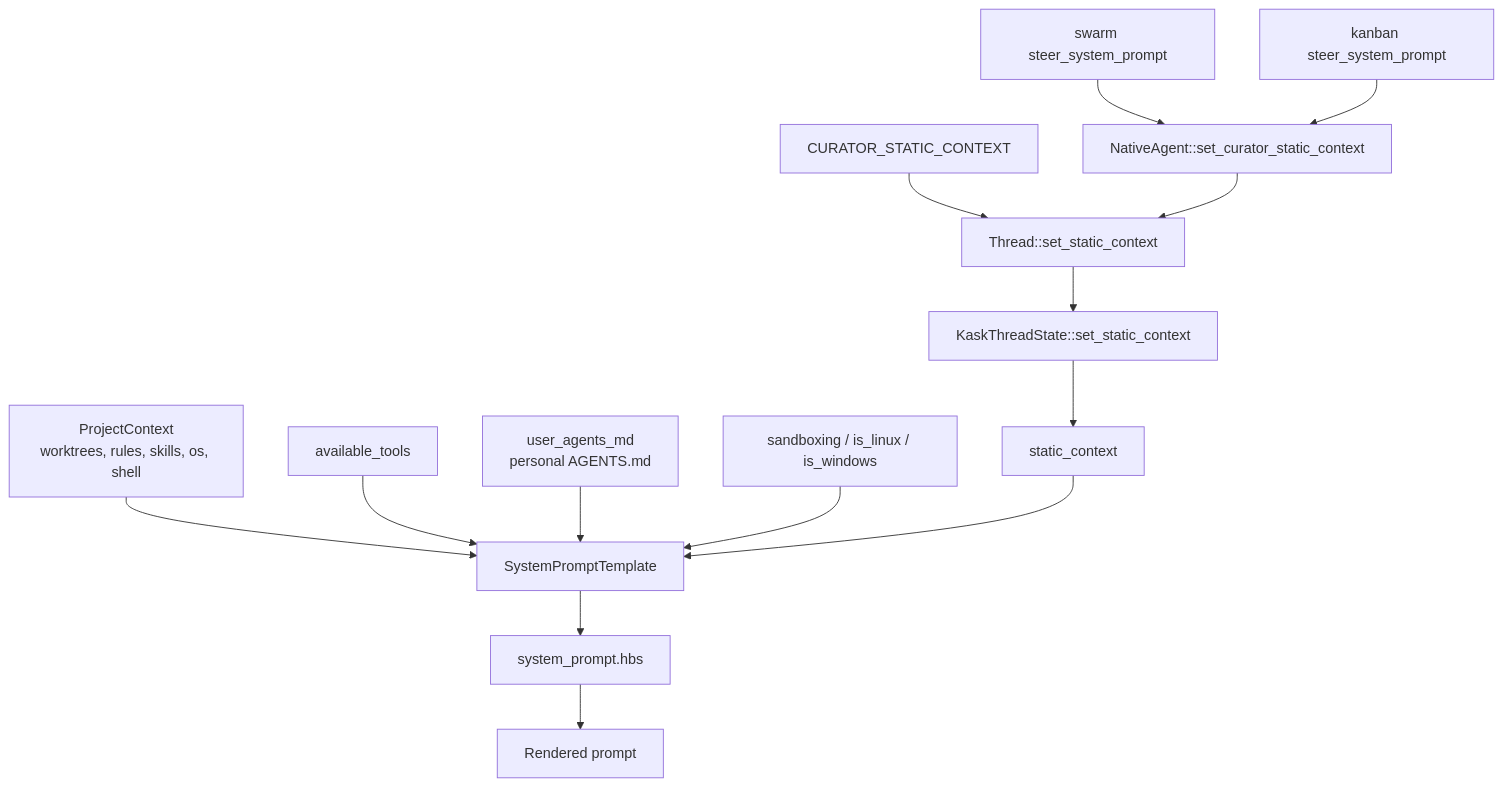
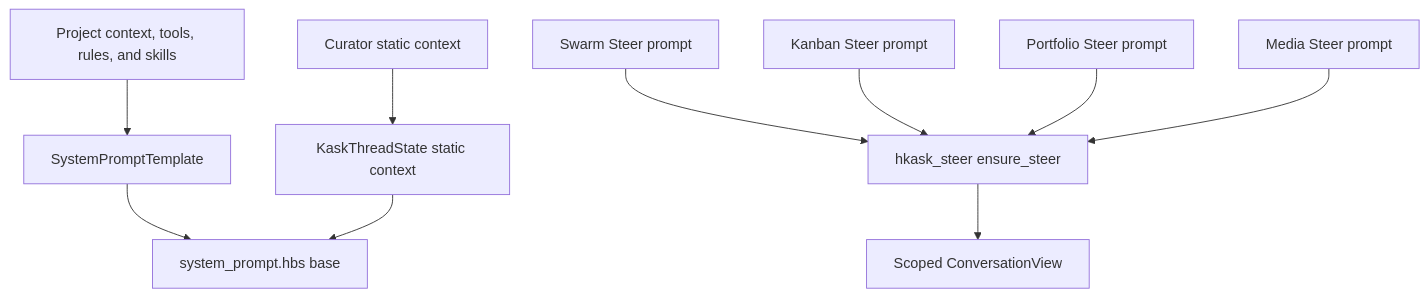
The diagram in kask/docs/architecture/skills-and-composition.md (mdz-axo/zed-kask), drawn with Mermaid before and after one commit. The commit also changed other lines of this file and 13 other files, not shown here.

````diff
--- a/kask/docs/architecture/skills-and-composition.md
+++ b/kask/docs/architecture/skills-and-composition.md
@@ -68,18 +69,13 @@
 ```mermaid
-%% DIAG-PROMPT-001
 flowchart TD
-    A[ProjectContext<br/>worktrees, rules, skills, os, shell] --> T[SystemPromptTemplate]
-    B[available_tools] --> T
-    C[user_agents_md<br/>personal AGENTS.md] --> T
-    D[sandboxing / is_linux / is_windows] --> T
-    E[static_context] --> T
-    T --> R[system_prompt.hbs]
-    R --> M[Rendered prompt]
+    P[Project context, tools, rules, and skills] --> T[SystemPromptTemplate]
+    T --> B[system_prompt.hbs base]
+    C[Curator static context] --> K[KaskThreadState static context]
+    K --> B
 
-    F[CURATOR_STATIC_CONTEXT] --> G[Thread::set_static_context]
-    H[swarm steer_system_prompt] --> I[NativeAgent::set_curator_static_context]
-    J[kanban steer_system_prompt] --> I
-    I --> G
-    G --> K[KaskThreadState::set_static_context]
-    K --> E
+    S[Swarm Steer prompt] --> H[hkask_steer ensure_steer]
+    N[Kanban Steer prompt] --> H
+    O[Portfolio Steer prompt] --> H
+    M[Media Steer prompt] --> H
+    H --> V[Scoped ConversationView]
 ```
````
